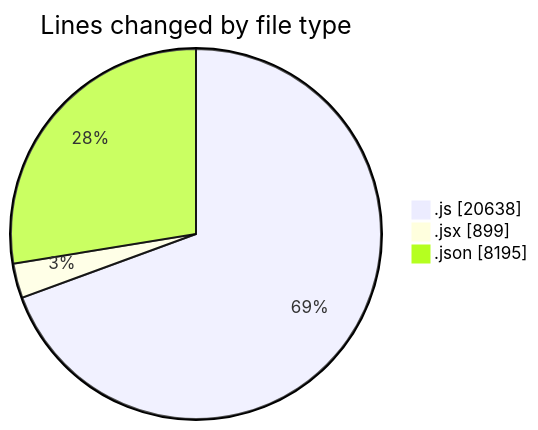
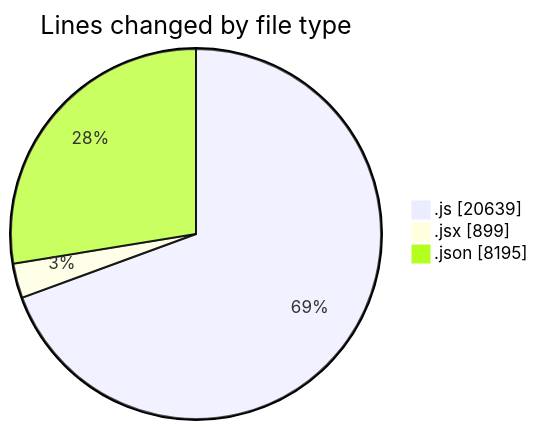
Before and after one commit to nxtqubesakshisongat/code-tracking: the first of 2 diagrams in 2025-12-09/nxtqube_webapp/README.md, drawn with Mermaid. The commit also changed other lines of this file and 1 other file, not shown here.

````diff
--- a/2025-12-09/nxtqube_webapp/README.md
+++ b/2025-12-09/nxtqube_webapp/README.md
@@ -24,7 +24,7 @@
 ```mermaid
 pie showData
 title Lines changed by file type
-".js" : 20638
+".js" : 20639
 ".jsx" : 899
 ".json" : 8195
 ```
````
